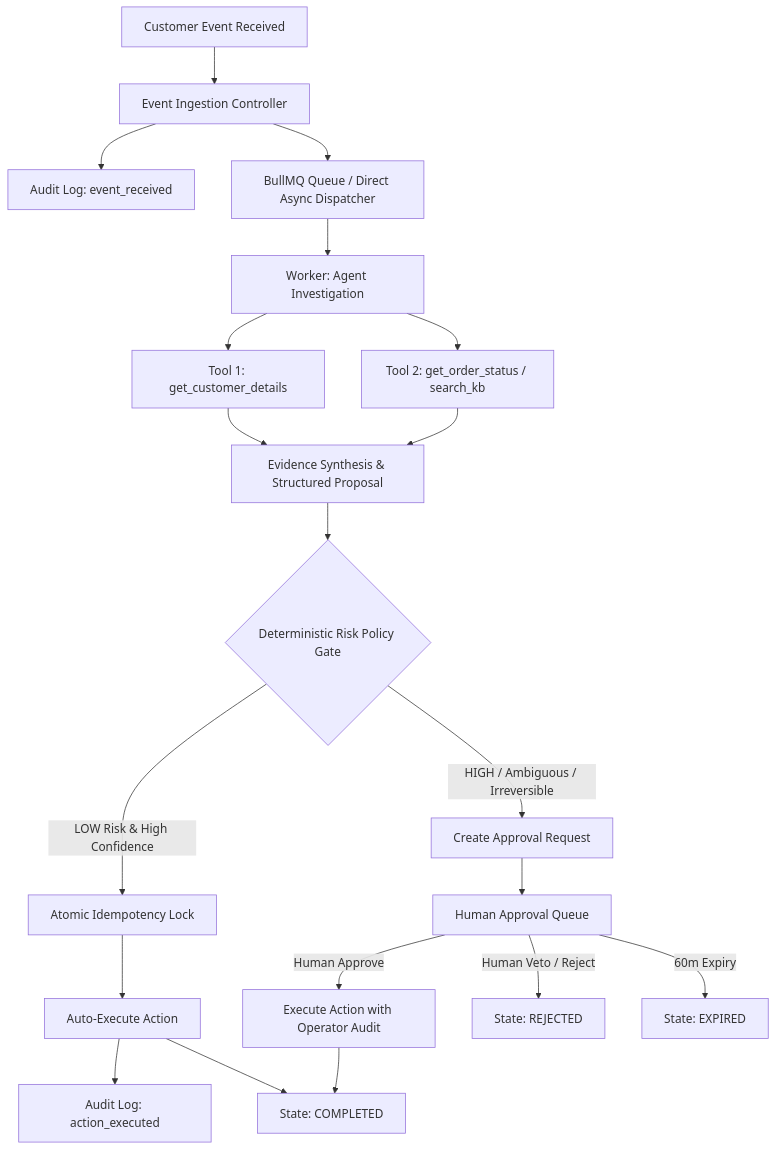
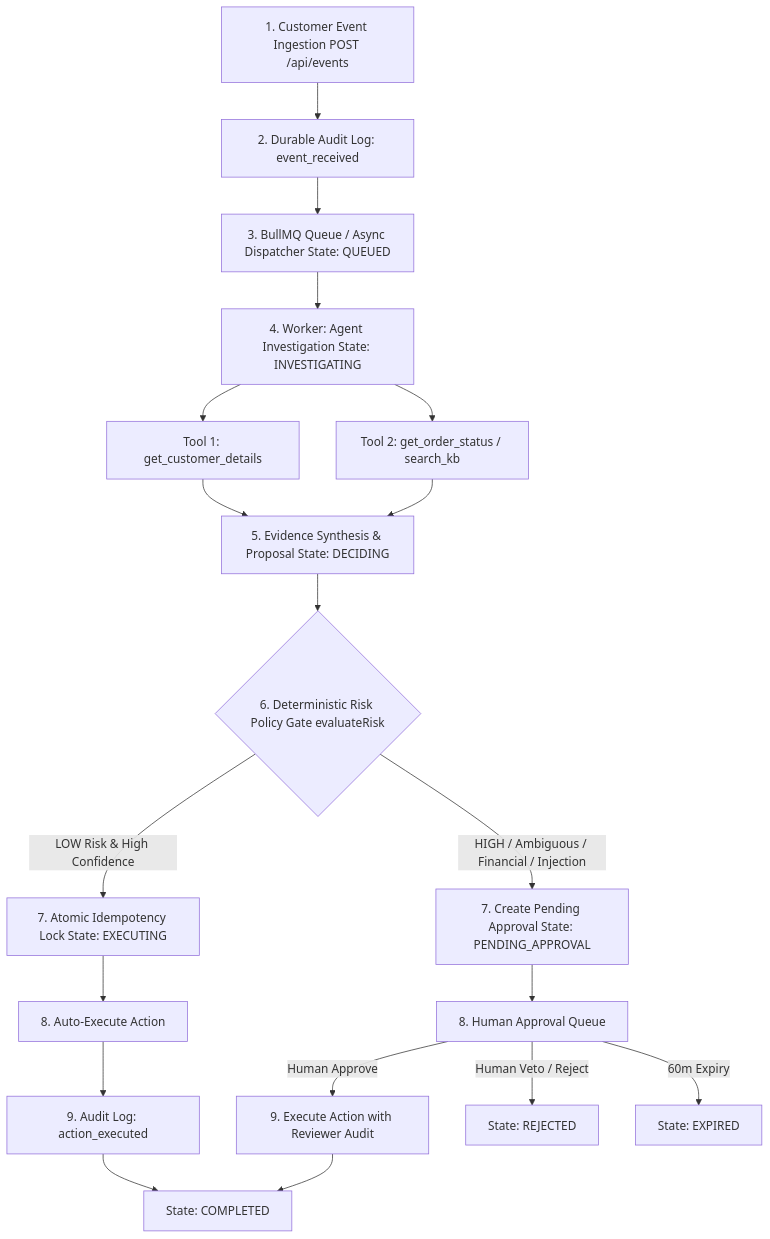
One commit to arpit8955/task-skillmine changed the first of 2 diagrams in README.md. Above: the diagram before and after it, drawn with Mermaid. The commit also changed other lines of this file, not shown here.

Commit message:
docs: expand README covering all 9 required assessment topics and architectural details

````diff
--- a/README.md
+++ b/README.md
@@ -81,21 +83,20 @@
 ```mermaid
 flowchart TD
-    A[Customer Event Received] --> B[Event Ingestion Controller]
-    B --> C[Audit Log: event_received]
-    B --> D[BullMQ Queue / Direct Async Dispatcher]
-    D --> E[Worker: Agent Investigation]
-    E --> F[Tool 1: get_customer_details]
-    E --> G[Tool 2: get_order_status / search_kb]
-    F & G --> H[Evidence Synthesis & Structured Proposal]
-    H --> I{Deterministic Risk Policy Gate}
-    I -- LOW Risk & High Confidence --> J[Atomic Idempotency Lock]
-    J --> K[Auto-Execute Action]
-    K --> L[Audit Log: action_executed]
-    K --> M[State: COMPLETED]
-    I -- HIGH / Ambiguous / Irreversible --> N[Create Approval Request]
-    N --> O[Human Approval Queue]
-    O -- Human Approve --> P[Execute Action with Operator Audit]
-    P --> M
-    O -- Human Veto / Reject --> Q[State: REJECTED]
-    O -- 60m Expiry --> R[State: EXPIRED]
+    A[1. Customer Event Ingestion POST /api/events] --> B[2. Durable Audit Log: event_received]
+    B --> C[3. BullMQ Queue / Async Dispatcher State: QUEUED]
+    C --> D[4. Worker: Agent Investigation State: INVESTIGATING]
+    D --> E[Tool 1: get_customer_details]
+    D --> F[Tool 2: get_order_status / search_kb]
+    E & F --> G[5. Evidence Synthesis & Proposal State: DECIDING]
+    G --> H{6. Deterministic Risk Policy Gate evaluateRisk}
+    H -- LOW Risk & High Confidence --> I[7. Atomic Idempotency Lock State: EXECUTING]
+    I --> J[8. Auto-Execute Action]
+    J --> K[9. Audit Log: action_executed]
+    K --> L[State: COMPLETED]
+    H -- HIGH / Ambiguous / Financial / Injection --> M[7. Create Pending Approval State: PENDING_APPROVAL]
+    M --> N[8. Human Approval Queue]
+    N -- Human Approve --> O[9. Execute Action with Reviewer Audit]
+    O --> L
+    N -- Human Veto / Reject --> P[State: REJECTED]
+    N -- 60m Expiry --> Q[State: EXPIRED]
 ```
````
